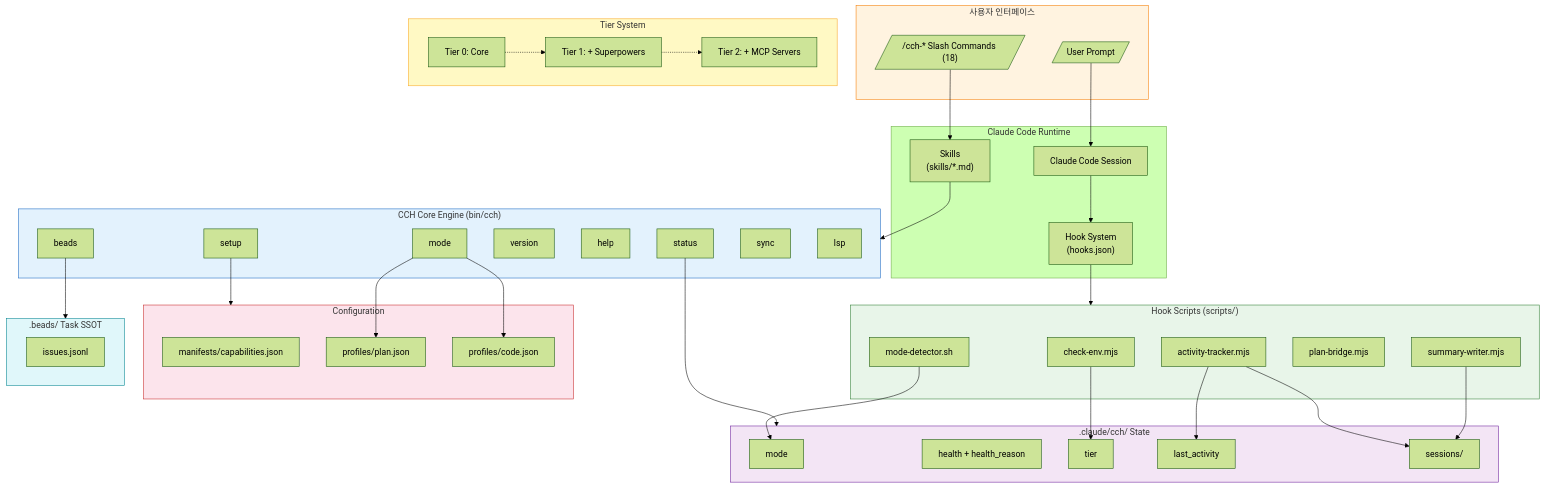
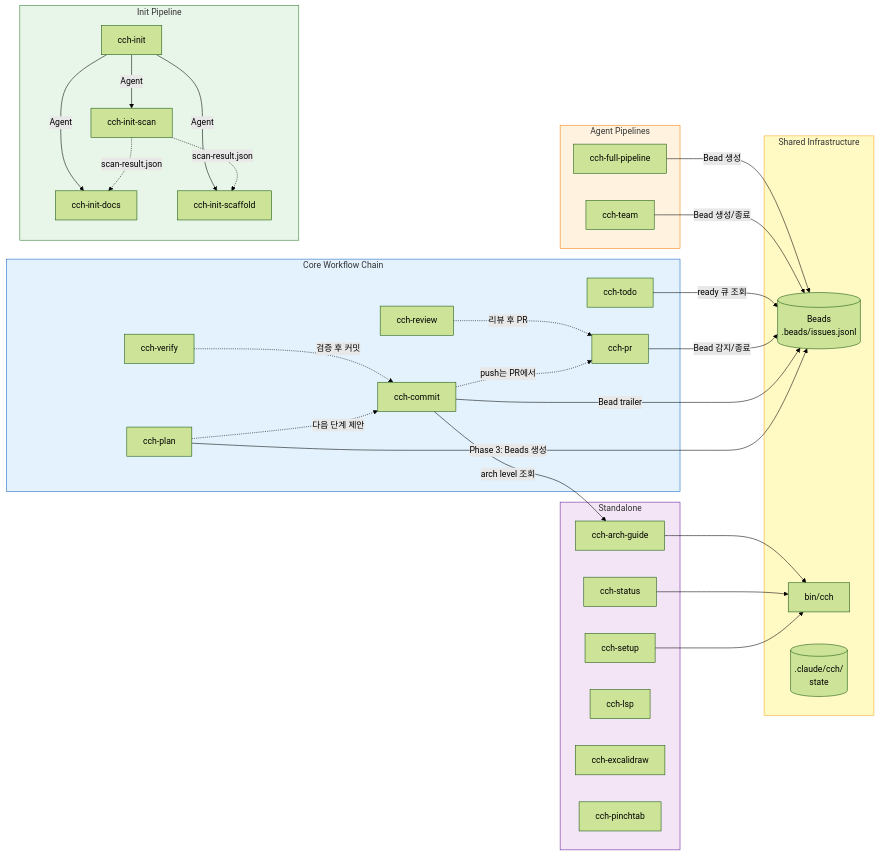
One commit to skdkfk8758/claude-code-harness changed the second of 18 diagrams in docs/diagrams/cch-workflows.md. Above: the diagram before and after it, drawn with Mermaid (forest theme). The commit also changed other lines of this file and 10 other files, not shown here.

Commit message:
docs: add plan documents and diagrams from current session

````diff
--- a/docs/diagrams/cch-workflows.md
+++ b/docs/diagrams/cch-workflows.md
@@ -12,82 +78,71 @@
 ```mermaid
-graph TB
-    subgraph UserLayer["사용자 인터페이스"]
-        USER[/"User Prompt"/]
-        SLASH[/"/cch-* Slash Commands (18)"/]
+graph LR
+    subgraph CoreFlow["Core Workflow Chain"]
+        PLAN["cch-plan"]
+        COMMIT["cch-commit"]
+        VERIFY["cch-verify"]
+        REVIEW["cch-review"]
+        PR["cch-pr"]
+        TODO["cch-todo"]
     end
 
-    subgraph ClaudeCode["Claude Code Runtime"]
-        CC["Claude Code Session"]
-        HOOKS["Hook System<br/>(hooks.json)"]
-        SKILLS["Skills<br/>(skills/*.md)"]
+    subgraph InitFlow["Init Pipeline"]
+        INIT["cch-init"]
+        SCAN["cch-init-scan"]
+        DOCS["cch-init-docs"]
+        SCAFFOLD["cch-init-scaffold"]
     end
 
-    subgraph CoreEngine["CCH Core Engine (bin/cch)"]
-        SETUP["setup"]
-        MODE["mode"]
-        STATUS["status"]
-        VERSION["version"]
-        HELP["help"]
-        BEADS["beads"]
-        SYNC["sync"]
-        LSP["lsp"]
+    subgraph AgentPipelines["Agent Pipelines"]
+        TEAM["cch-team"]
+        FULL["cch-full-pipeline"]
     end
 
-    subgraph HookScripts["Hook Scripts (scripts/)"]
-        CHKENV["check-env.mjs"]
-        MD["mode-detector.sh"]
-        AT["activity-tracker.mjs"]
-        PB["plan-bridge.mjs"]
-        SW["summary-writer.mjs"]
+    subgraph Standalone["Standalone"]
+        SETUP["cch-setup"]
+        STATUS["cch-status"]
+        ARCH["cch-arch-guide"]
+        LSP["cch-lsp"]
+        EXCALI["cch-excalidraw"]
+        PINCH["cch-pinchtab"]
     end
 
-    subgraph ConfigLayer["Configuration"]
-        CAP_JSON["manifests/capabilities.json"]
-        PLAN_P["profiles/plan.json"]
-        CODE_P["profiles/code.json"]
+    subgraph SharedInfra["Shared Infrastructure"]
+        BEADS[("Beads<br/>.beads/issues.jsonl")]
+        ENGINE["bin/cch"]
+        STATE[(".claude/cch/<br/>state")]
     end
 
-    subgraph StateLayer[".claude/cch/ State"]
-        ST_MODE["mode"]
-        ST_HEALTH["health + health_reason"]
-        ST_TIER["tier"]
-        ST_ACTIVITY["last_activity"]
-        ST_SESSIONS["sessions/"]
-    end
+    %% Core Flow dependencies
+    PLAN -->|"Phase 3: Beads 생성"| BEADS
+    PLAN -.->|"다음 단계 제안"| COMMIT
+    COMMIT -->|"Bead trailer"| BEADS
+    COMMIT -->|"arch level 조회"| ARCH
+    COMMIT -.->|"push는 PR에서"| PR
+    VERIFY -.->|"검증 후 커밋"| COMMIT
+    REVIEW -.->|"리뷰 후 PR"| PR
+    PR -->|"Bead 감지/종료"| BEADS
+    TODO -->|"ready 큐 조회"| BEADS
 
-    subgraph BeadsLayer[".beads/ Task SSOT"]
-        ISSUES["issues.jsonl"]
-    end
+    %% Init Flow
+    INIT -->|"Agent"| SCAN
+    INIT -->|"Agent"| DOCS
+    INIT -->|"Agent"| SCAFFOLD
+    SCAN -.->|"scan-result.json"| DOCS
+    SCAN -.->|"scan-result.json"| SCAFFOLD
 
-    subgraph TierSystem["Tier System"]
-        T0["Tier 0: Core"]
-        T1["Tier 1: + Superpowers"]
-        T2["Tier 2: + MCP Servers"]
-    end
+    %% Agent Pipelines
+    TEAM -->|"Bead 생성/종료"| BEADS
+    FULL -->|"Bead 생성"| BEADS
 
-    USER --> CC
-    SLASH --> SKILLS
-    CC --> HOOKS
-    SKILLS --> CoreEngine
-    HOOKS --> HookScripts
+    %% Standalone to Infra
+    SETUP --> ENGINE
+    STATUS --> ENGINE
+    ARCH --> ENGINE
 
-    SETUP --> ConfigLayer
-    MODE --> PLAN_P & CODE_P
-    STATUS --> StateLayer
-    BEADS --> BeadsLayer
-
-    CHKENV --> ST_TIER
-    MD --> ST_MODE
-    AT --> ST_ACTIVITY & ST_SESSIONS
-    SW --> ST_SESSIONS
-
-    T0 -.-> T1 -.-> T2
-
-    style UserLayer fill:#FFF3E0,stroke:#F57C00
-    style CoreEngine fill:#E3F2FD,stroke:#1565C0
-    style HookScripts fill:#E8F5E9,stroke:#2E7D32
-    style ConfigLayer fill:#FCE4EC,stroke:#C62828
-    style StateLayer fill:#F3E5F5,stroke:#6A1B9A
-    style BeadsLayer fill:#E0F7FA,stroke:#00838F
-    style TierSystem fill:#FFF9C4,stroke:#F9A825
+    style CoreFlow fill:#E3F2FD,stroke:#1565C0
+    style InitFlow fill:#E8F5E9,stroke:#2E7D32
+    style AgentPipelines fill:#FFF3E0,stroke:#F57C00
+    style Standalone fill:#F3E5F5,stroke:#6A1B9A
+    style SharedInfra fill:#FFF9C4,stroke:#F9A825
 ```
````
